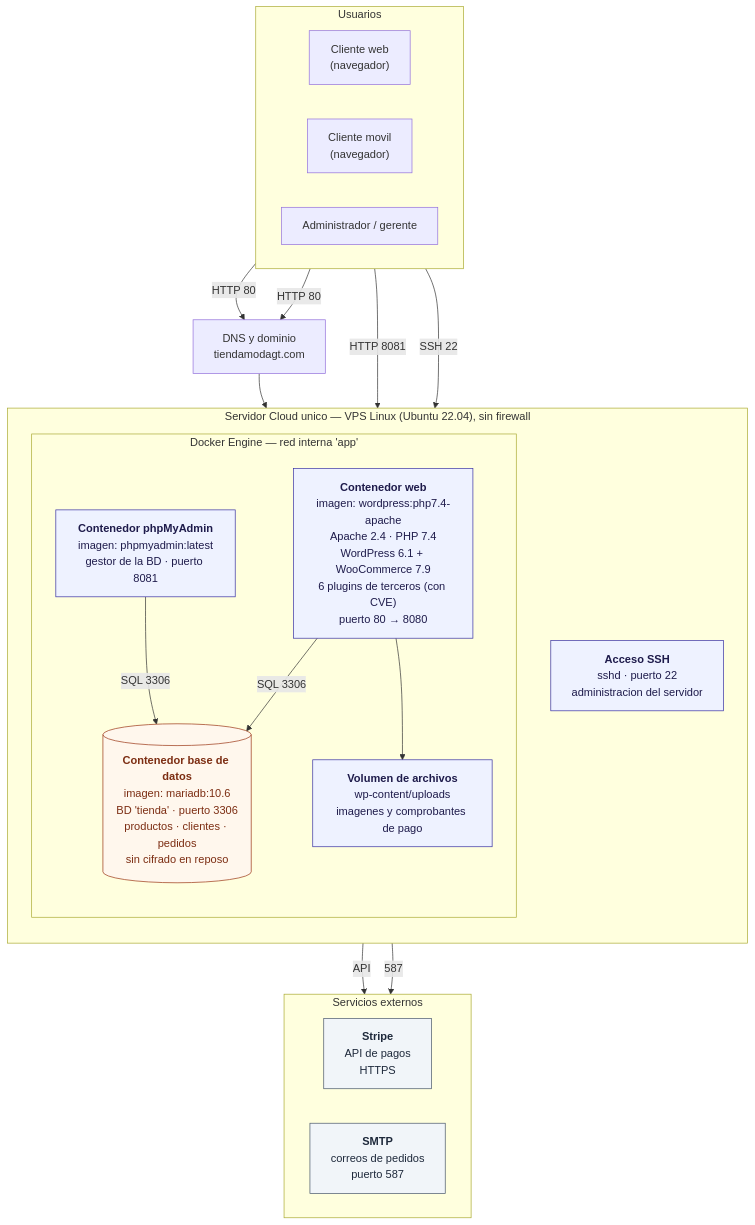
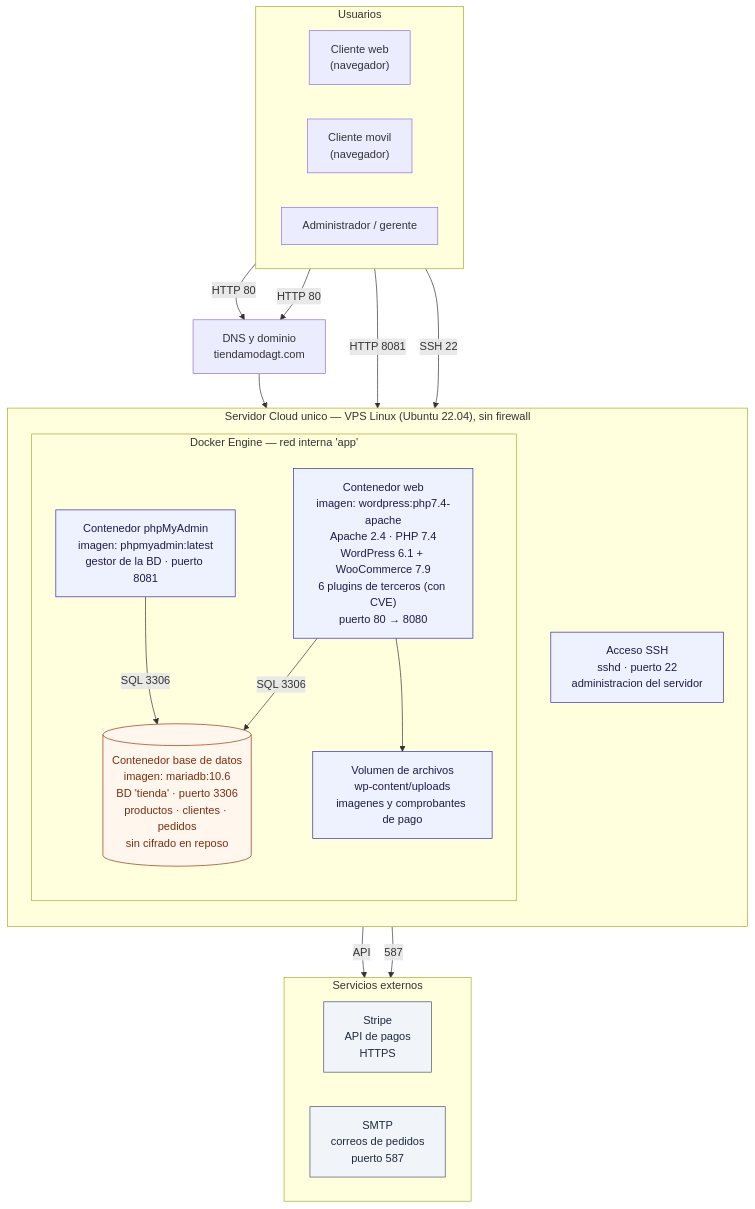
The first of 2 diagrams in ARQUITECTURA.md (JavierNavas/tienda-moda-gt), drawn with Mermaid before and after one commit.

Commit message:
Quita etiquetas de negrita de los diagramas para asegurar que GitHub los renderice

````diff
--- a/ARQUITECTURA.md
+++ b/ARQUITECTURA.md
@@ -40,47 +40,47 @@
 ```mermaid
 flowchart TB
     subgraph USUARIOS["Usuarios"]
         direction LR
         WEB["Cliente web<br/>(navegador)"]
         MOV["Cliente movil<br/>(navegador)"]
         OPS["Administrador / gerente"]
     end
 
     DNS["DNS y dominio<br/>tiendamodagt.com"]
 
     subgraph HOST["Servidor Cloud unico — VPS Linux (Ubuntu 22.04), sin firewall"]
         direction TB
         subgraph DOCKER["Docker Engine — red interna 'app'"]
             direction TB
-            WPC["<b>Contenedor web</b><br/>imagen: wordpress:php7.4-apache<br/>Apache 2.4 · PHP 7.4<br/>WordPress 6.1 + WooCommerce 7.9<br/>6 plugins de terceros (con CVE)<br/>puerto 80 → 8080"]
-            DB[("<b>Contenedor base de datos</b><br/>imagen: mariadb:10.6<br/>BD 'tienda' · puerto 3306<br/>productos · clientes · pedidos<br/>sin cifrado en reposo")]
-            PMA["<b>Contenedor phpMyAdmin</b><br/>imagen: phpmyadmin:latest<br/>gestor de la BD · puerto 8081"]
-            MEDIA["<b>Volumen de archivos</b><br/>wp-content/uploads<br/>imagenes y comprobantes de pago"]
+            WPC["Contenedor web<br/>imagen: wordpress:php7.4-apache<br/>Apache 2.4 · PHP 7.4<br/>WordPress 6.1 + WooCommerce 7.9<br/>6 plugins de terceros (con CVE)<br/>puerto 80 → 8080"]
+            DB[("Contenedor base de datos<br/>imagen: mariadb:10.6<br/>BD 'tienda' · puerto 3306<br/>productos · clientes · pedidos<br/>sin cifrado en reposo")]
+            PMA["Contenedor phpMyAdmin<br/>imagen: phpmyadmin:latest<br/>gestor de la BD · puerto 8081"]
+            MEDIA["Volumen de archivos<br/>wp-content/uploads<br/>imagenes y comprobantes de pago"]
         end
-        SSH["<b>Acceso SSH</b><br/>sshd · puerto 22<br/>administracion del servidor"]
+        SSH["Acceso SSH<br/>sshd · puerto 22<br/>administracion del servidor"]
     end
 
     subgraph EXT["Servicios externos"]
         direction LR
-        PAY["<b>Stripe</b><br/>API de pagos<br/>HTTPS"]
-        MAIL["<b>SMTP</b><br/>correos de pedidos<br/>puerto 587"]
+        PAY["Stripe<br/>API de pagos<br/>HTTPS"]
+        MAIL["SMTP<br/>correos de pedidos<br/>puerto 587"]
     end
 
     WEB -->|"HTTP 80"| DNS
     MOV -->|"HTTP 80"| DNS
     DNS --> WPC
     WPC -->|"SQL 3306"| DB
     WPC --> MEDIA
     WPC -->|"API"| PAY
     WPC -->|"587"| MAIL
     OPS -->|"HTTP 8081"| PMA
     PMA -->|"SQL 3306"| DB
     OPS -->|"SSH 22"| SSH
 
     classDef app fill:#eef2ff,stroke:#3730a3,color:#1e1b4b;
     classDef db fill:#fff7ed,stroke:#9a3412,color:#7c2d12;
     classDef ext fill:#f1f5f9,stroke:#475569,color:#1e293b;
     class WPC,PMA,MEDIA,SSH app;
     class DB db;
     class PAY,MAIL ext;
 ```
````
